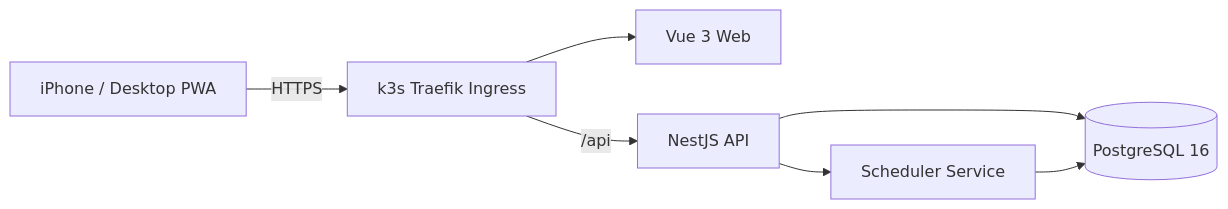
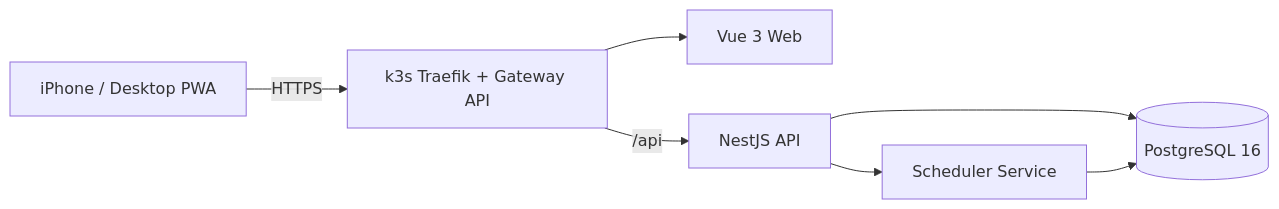
Before and after one commit to cleanbrain-developer/english-core-speaking: the diagram in docs/IMPLEMENTATION_SPEC.md, drawn with Mermaid. The commit also changed other lines of this file and 14 other files, not shown here.

````diff
--- a/docs/IMPLEMENTATION_SPEC.md
+++ b/docs/IMPLEMENTATION_SPEC.md
@@ -29,9 +29,9 @@
 ```mermaid
 flowchart LR
-  U[iPhone / Desktop PWA] -->|HTTPS| RP[k3s Traefik Ingress]
+  U[iPhone / Desktop PWA] -->|HTTPS| RP[k3s Traefik + Gateway API]
   RP --> W[Vue 3 Web]
   RP -->|/api| A[NestJS API]
   A --> P[(PostgreSQL 16)]
   A --> S[Scheduler Service]
   S --> P
 ```
````
